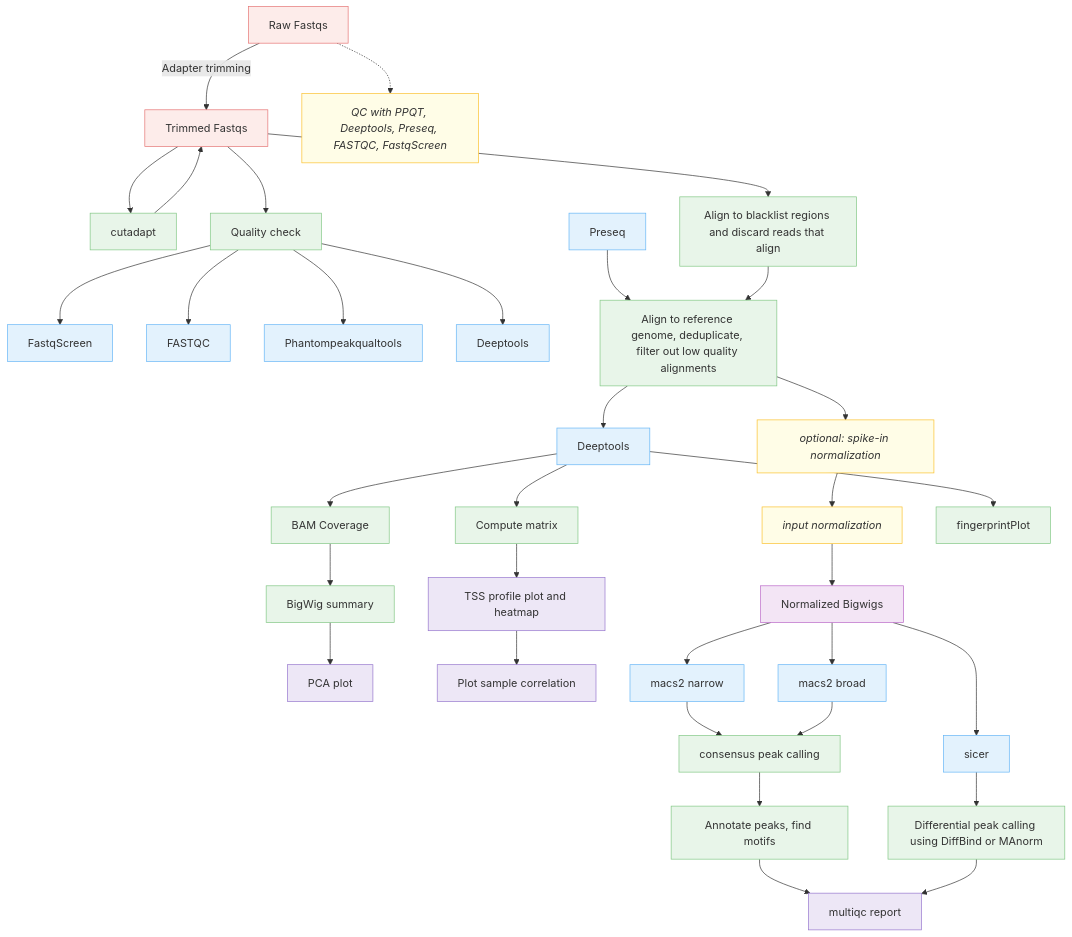
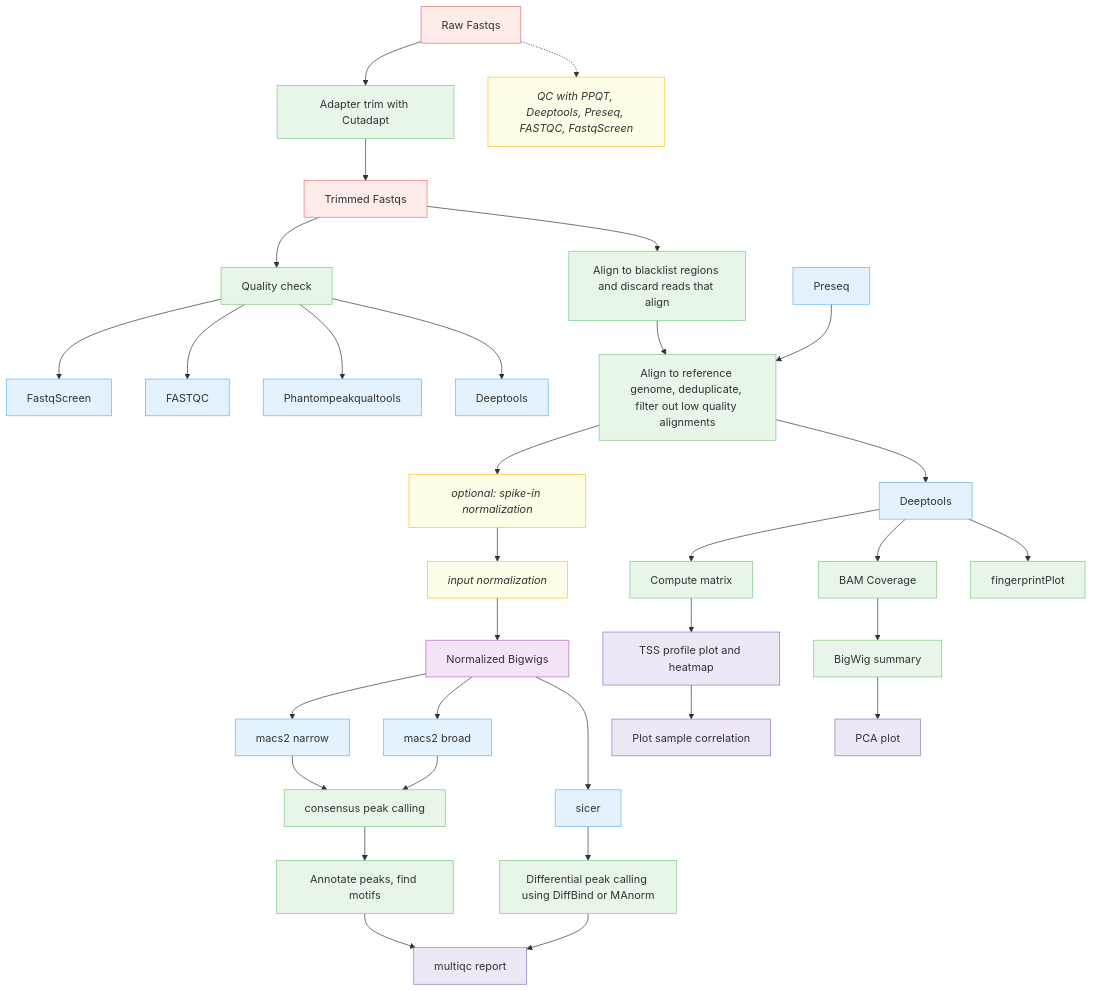
One commit to CCBR/CHAMPAGNE changed the first of 2 diagrams in docs/diagram/index.md. Above: the diagram before and after it, drawn with Mermaid.

Commit message:
Updated the adapter trim workflow.

````diff
--- a/docs/diagram/index.md
+++ b/docs/diagram/index.md
@@ -3,61 +3,64 @@
 ```mermaid
 
 flowchart TB
 
   %% Input
-  Raw["Raw Fastqs"]:::input -->|Adapter trimming| Trimmed["Trimmed Fastqs"]:::input
+  %%Raw["Raw Fastqs"]:::input -->|Adapter trimming| Trimmed["Trimmed Fastqs"]:::input
+  Raw["Raw Fastqs"]:::input --> Cleanup["Adapter trim with Cutadapt"]:::process
+  Cleanup --> Trimmed["Trimmed Fastqs"]:::input
+  %%Adapter trimming --> Trimmed["Trimmed Fastqs"]:::input
   Raw -.-> QCnote["QC with PPQT, Deeptools, Preseq, FASTQC, FastqScreen"]:::note
-  Trimmed --> Cutadapt["cutadapt"]:::process
-  Cutadapt --> Trimmed
+  %%Trimmed --> Cutadapt["cutadapt"]:::process
+  %%Cutadapt --> Trimmed
 
   %% Quality Control
   Trimmed --> QC["Quality check"]:::process
   QC --> FastqScreen["FastqScreen"]:::tool
   QC --> FASTQC["FASTQC"]:::tool
   QC --> Phantom["Phantompeakqualtools"]:::tool
   QC --> Deeptools["Deeptools"]:::tool
 
   %% Blacklist filtering
   Trimmed --> Blacklist["Align to blacklist regions and discard reads that align"]:::process
 
   %% Preseq and alignment
   Preseq["Preseq"]:::tool --> Align["Align to reference genome, deduplicate, filter out low quality alignments"]:::process
   Blacklist --> Align
 
   %% Spike-in normalization (optional)
   Align --> Spike["optional: spike-in normalization"]:::note
   Spike --> InputNorm["input normalization"]:::note
   InputNorm --> NormBigwigs["Normalized Bigwigs"]:::data
 
   %% Deeptools steps
   Align --> Deeptools2["Deeptools"]:::tool
   Deeptools2 --> Matrix["Compute matrix"]:::process
   Deeptools2 --> BAMcov["BAM Coverage"]:::process
   Deeptools2 --> Fingerprint["fingerprintPlot"]:::process
 
   Matrix --> Heatmap["TSS profile plot and heatmap"]:::output
   BAMcov --> Bigwig["BigWig summary"]:::process
   Bigwig --> PCA["PCA plot"]:::output
   Heatmap --> Correlation["Plot sample correlation"]:::output
 
   %% Peak calling
   NormBigwigs --> MACS2narrow["macs2 narrow"]:::tool
   NormBigwigs --> MACS2broad["macs2 broad"]:::tool
   NormBigwigs --> SICER["sicer"]:::tool
 
   MACS2narrow --> Consensus["consensus peak calling"]:::process
   MACS2broad --> Consensus
   SICER --> Diffbind["Differential peak calling using DiffBind or MAnorm"]:::process
 
   Consensus --> Annotate["Annotate peaks, find motifs"]:::process
   Annotate --> MultiQC["multiqc report"]:::output
   Diffbind --> MultiQC
 
   %% Styles
   classDef input fill:#fdecea,stroke:#e57373,stroke-width:1px;
   classDef process fill:#e8f5e9,stroke:#81c784,stroke-width:1px;
   classDef tool fill:#e3f2fd,stroke:#64b5f6,stroke-width:1px;
   classDef note fill:#fffde7,stroke:#fbc02d,stroke-width:1px,font-style:italic;
   classDef output fill:#ede7f6,stroke:#9575cd,stroke-width:1px;
   classDef data fill:#f3e5f5,stroke:#ba68c8,stroke-width:1px;
 ```
````
